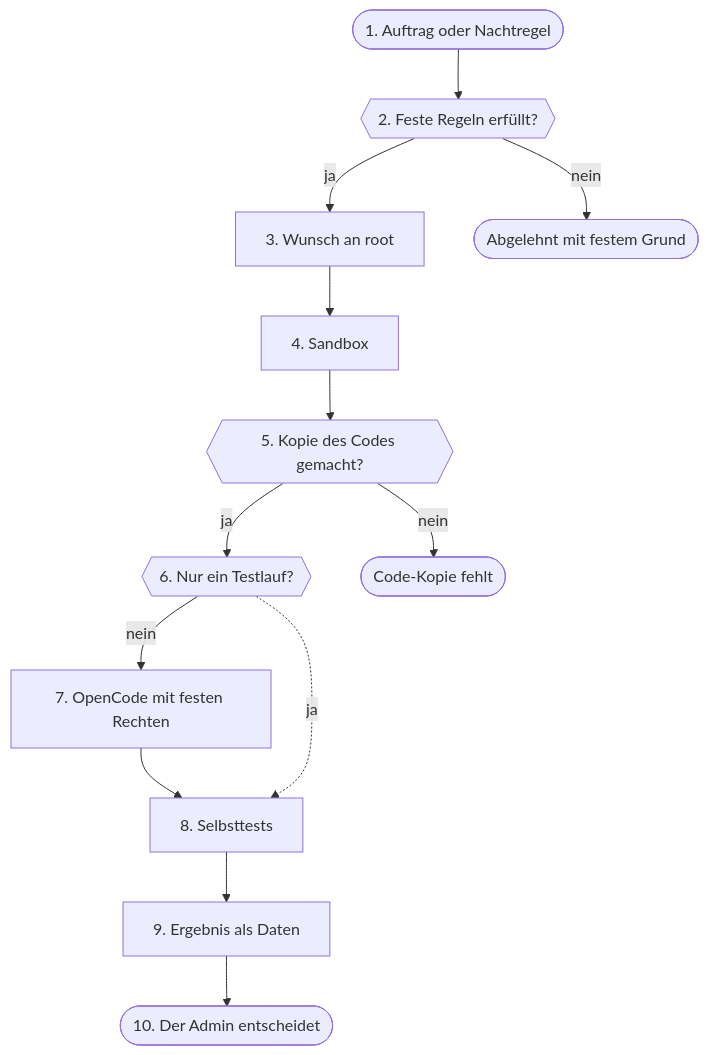
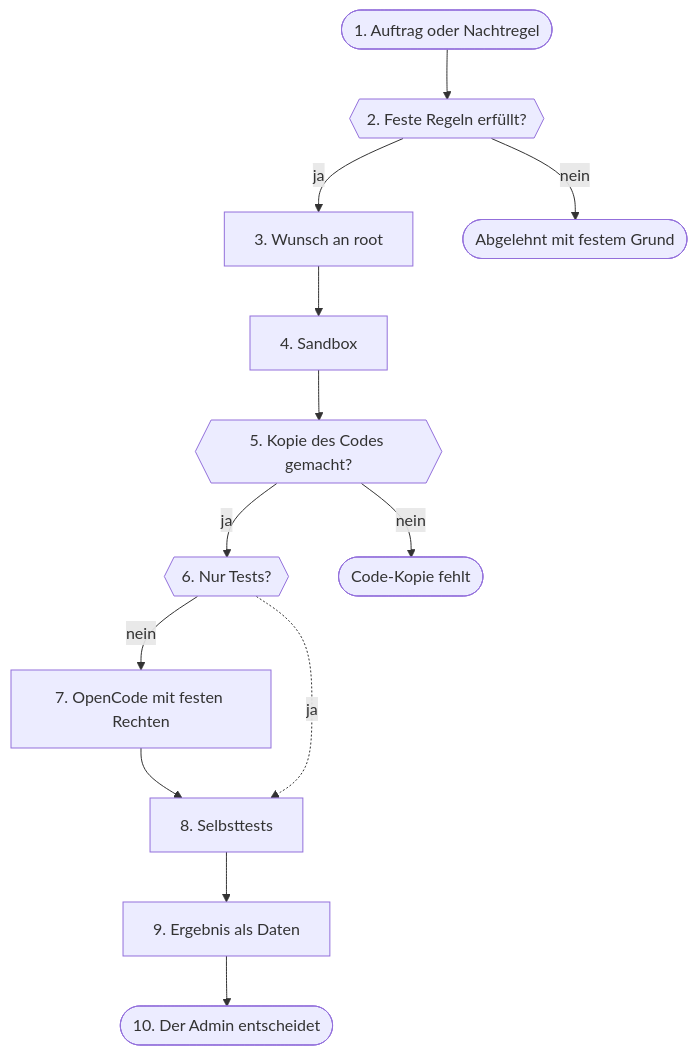
Diagram 27 of 28 in docs/de/architektur.md (db9979/speech-on-dgx-spark), drawn with Mermaid before and after one commit. The commit also changed other lines of this file and 31 other files, not shown here.

````diff
--- a/docs/de/architektur.md
+++ b/docs/de/architektur.md
@@ -3517,27 +3517,27 @@
 ```mermaid
 flowchart TD
   s1(["1. Auftrag oder Nachtregel"])
   s2{{"2. Feste Regeln erfüllt?"}}
   s3["3. Wunsch an root"]
   s4["4. Sandbox"]
   s5{{"5. Kopie des Codes gemacht?"}}
-  s6{{"6. Nur ein Testlauf?"}}
+  s6{{"6. Nur Tests?"}}
   s7["7. OpenCode mit festen Rechten"]
   s8["8. Selbsttests"]
   s9["9. Ergebnis als Daten"]
   s10(["10. Der Admin entscheidet"])
   s1 --> s2
   s2 -->|ja| s3
   s3 --> s4
   s4 --> s5
   s5 -->|ja| s6
   s6 -->|nein| s7
   s7 --> s8
   s8 --> s9
   s9 --> s10
   s2x(["Abgelehnt mit festem Grund"])
   s2 -->|nein| s2x
   s5x(["Code-Kopie fehlt"])
   s5 -->|nein| s5x
   s6 -.->|ja| s8
 ```
````
